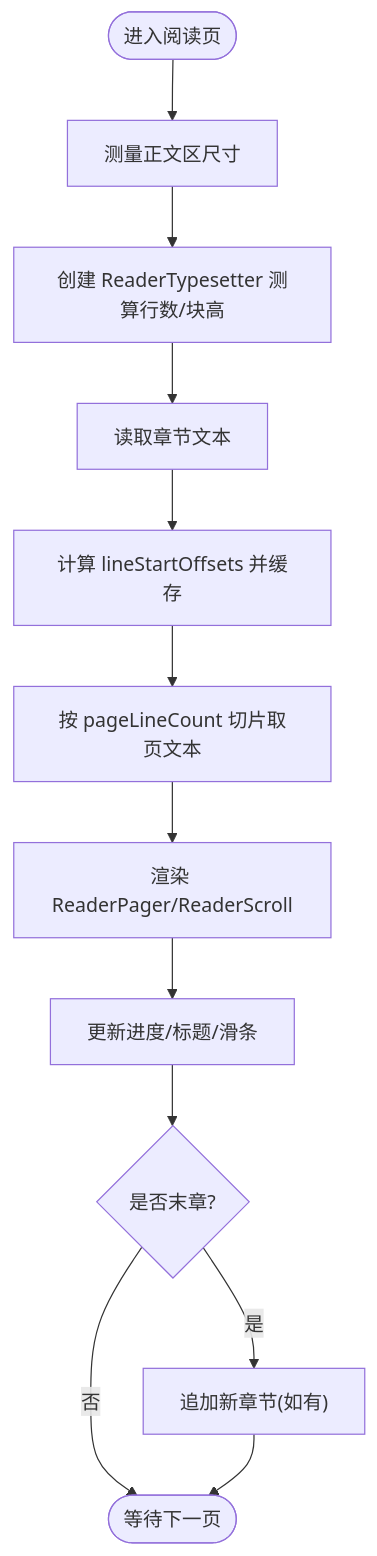
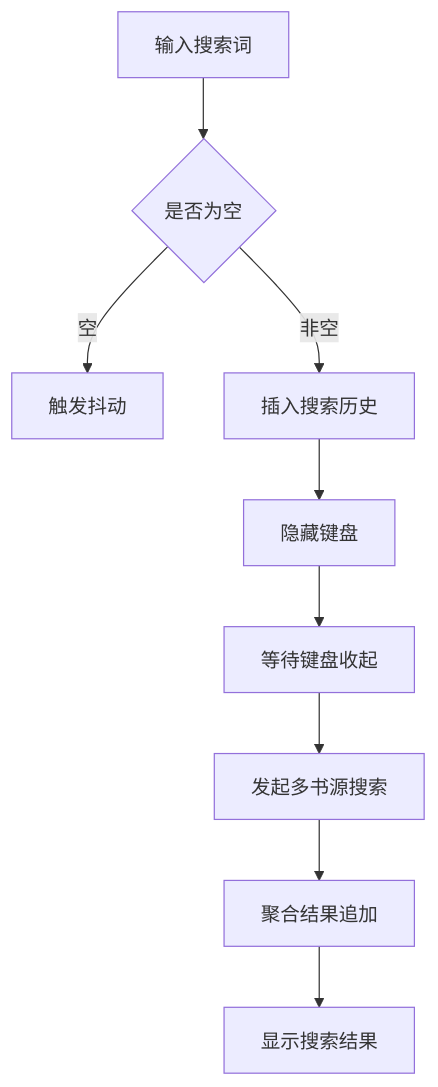
The seventh of 12 diagrams in .qoder/repowiki/zh/content/核心模块/核心模块.md (xrn1997/android-ebook), drawn with Mermaid before and after one commit. The commit also changed other lines of this file and 456 other files, not shown here.

````diff
--- a/.qoder/repowiki/zh/content/核心模块/核心模块.md
+++ b/.qoder/repowiki/zh/content/核心模块/核心模块.md
@@ -190,14 +256,11 @@
 ```mermaid
 flowchart TD
-    Start(["进入阅读页"]) --> Measure["测量正文区尺寸"]
-    Measure --> TypeSet["创建 ReaderTypesetter 测算行数/块高"]
-    TypeSet --> LoadChap["读取章节文本"]
-    LoadChap --> Layout["计算 lineStartOffsets 并缓存"]
-    Layout --> Slice["按 pageLineCount 切片取页文本"]
-    Slice --> Render["渲染 ReaderPager/ReaderScroll"]
-    Render --> Progress["更新进度/标题/滑条"]
-    Progress --> TailCheck{"是否末章?"}
-    TailCheck -->|是| Append["追加新章节(如有)"]
-    TailCheck -->|否| End(["等待下一页"])
-    Append --> End
+    Input["输入搜索词"] --> Validate{"是否为空"}
+    Validate -->|空| Shake["触发抖动"]
+    Validate -->|非空| History["插入搜索历史"]
+    History --> HideKeyboard["隐藏键盘"]
+    HideKeyboard --> Delay["等待键盘收起"]
+    Delay --> Search["发起多书源搜索"]
+    Search --> Aggregate["聚合结果追加"]
+    Aggregate --> List["显示搜索结果"]
 ```
````
